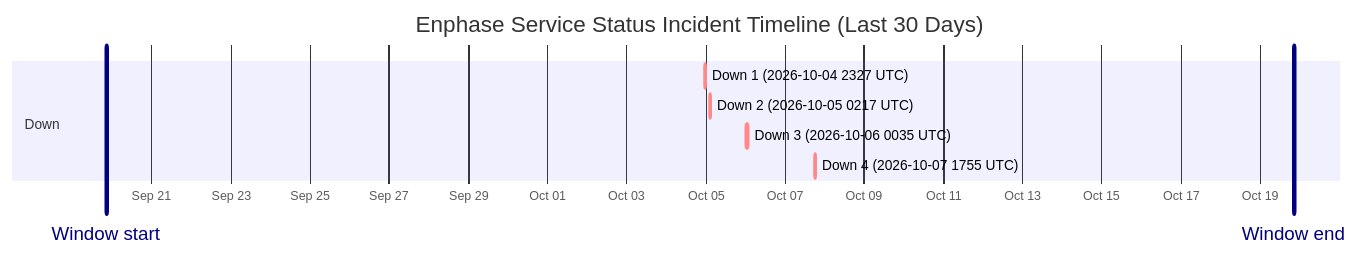
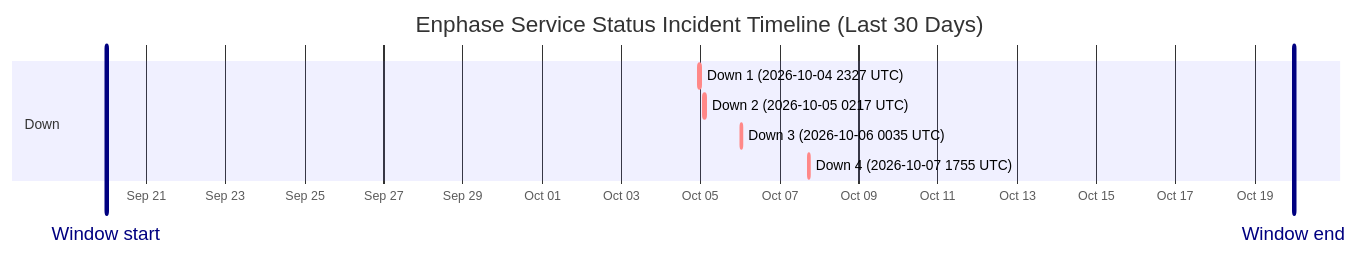
Before and after one commit to barneyonline/ha-enphase-energy: the diagram in wiki/Service-Status-History.md, drawn with Mermaid. The commit also changed other lines of this file and 3 other files, not shown here.

````diff
--- a/wiki/Service-Status-History.md
+++ b/wiki/Service-Status-History.md
@@ -14,13 +14,13 @@
 ```mermaid
 gantt
     title Enphase Service Status Incident Timeline (Last 30 Days)
     dateFormat  YYYY-MM-DDTHH:mm:ss
     axisFormat  %b %d
-    Window start :vert, window-start, 2026-09-19T20:21:47, 0ms
-    Window end :vert, window-end, 2026-10-19T20:21:47, 0ms
+    Window start :vert, window-start, 2026-09-19T23:51:17, 0ms
+    Window end :vert, window-end, 2026-10-19T23:51:17, 0ms
     section Down
     Down 1 (2026-10-04 2327 UTC) :crit, down-1, 2026-10-04T23:27:34, 60m
     Down 2 (2026-10-05 0217 UTC) :crit, down-2, 2026-10-05T02:17:30, 60m
     Down 3 (2026-10-06 0035 UTC) :crit, down-3, 2026-10-06T00:35:21, 60m
     Down 4 (2026-10-07 1755 UTC) :crit, down-4, 2026-10-07T17:55:16, 60m
 ```
````
